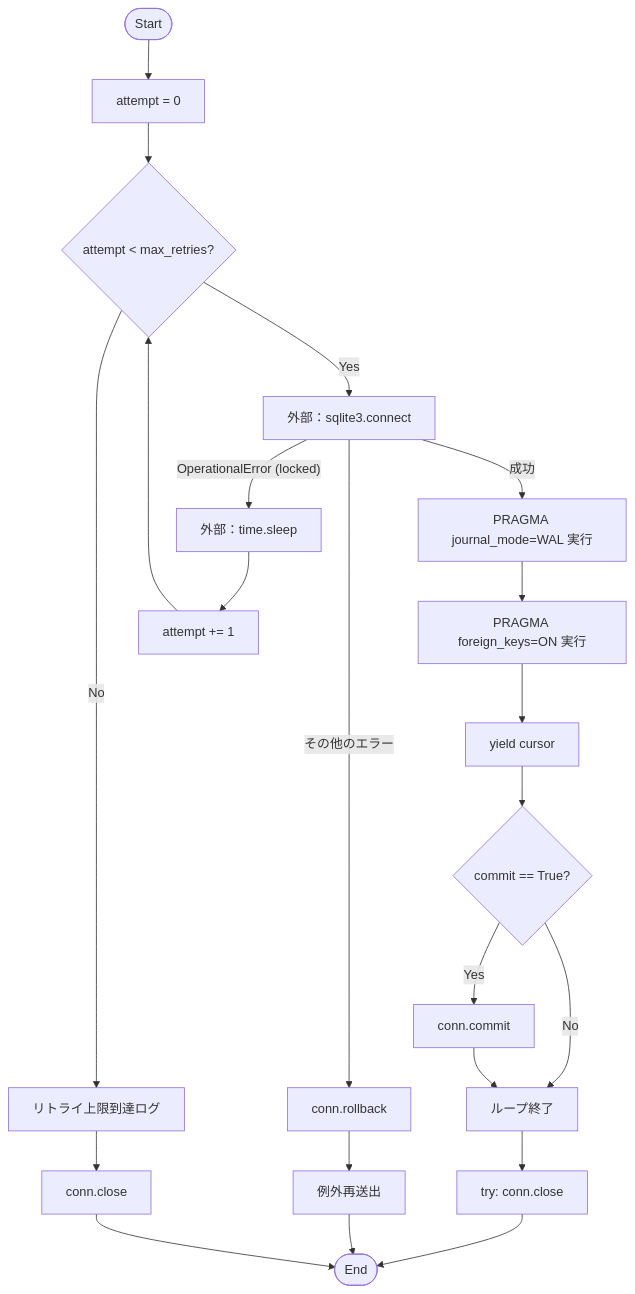
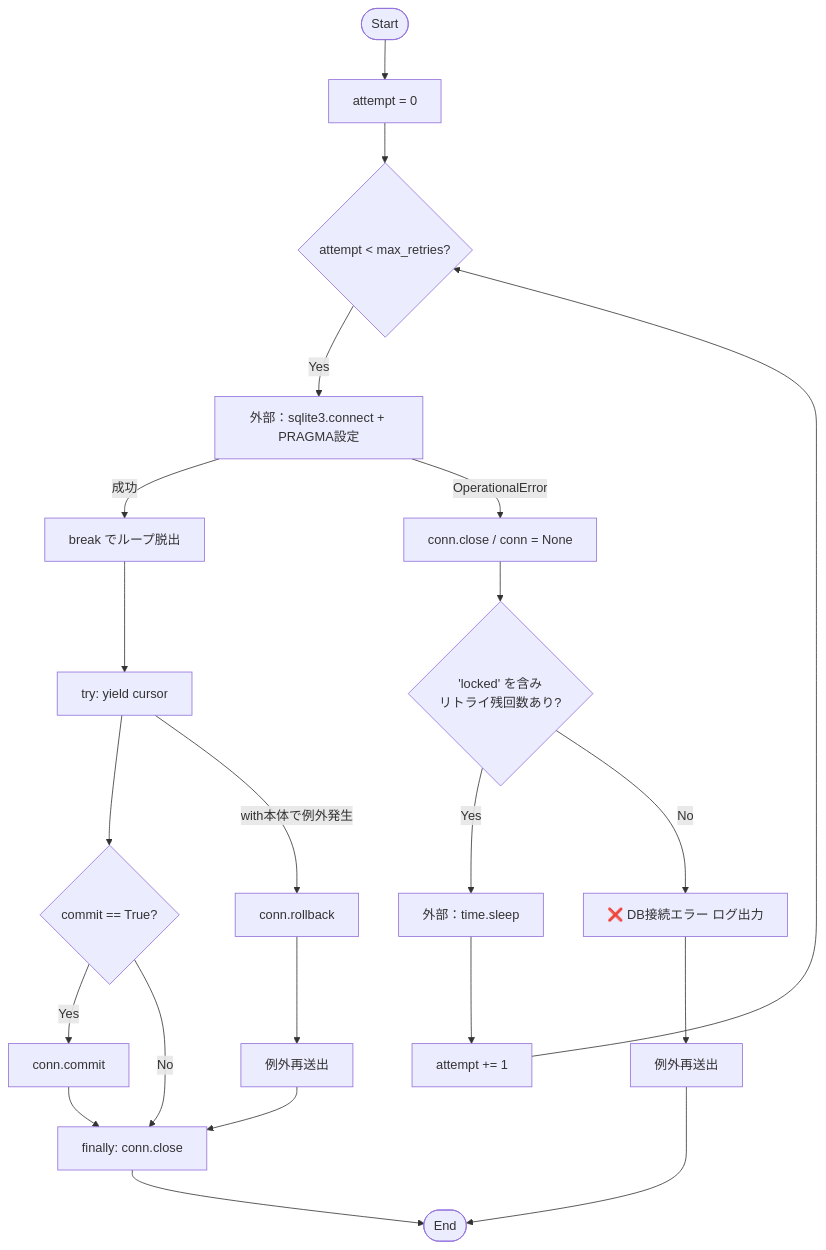
Before and after one commit to mmtigers/my_python_project: the first of 2 diagrams in docs/specifications/MY_HOME_SYSTEM/database.md, drawn with Mermaid. The commit also changed other lines of this file and 18 other files, not shown here.

````diff
--- a/docs/specifications/MY_HOME_SYSTEM/database.md
+++ b/docs/specifications/MY_HOME_SYSTEM/database.md
@@ -164,28 +164,24 @@
 ```mermaid
 flowchart TD
     Start([Start]) --> Init[attempt = 0]
     Init --> LoopCheck{attempt < max_retries?}
-    LoopCheck -- Yes --> Connect[外部：sqlite3.connect]
-    Connect -- 成功 --> PRAGMA[PRAGMA journal_mode=WAL 実行]
-    PRAGMA --> PRAGMA_FK[PRAGMA foreign_keys=ON 実行]
-    PRAGMA_FK --> Yield[yield cursor]
-    Yield --> CommitCheck{commit == True?}
+    LoopCheck -- Yes --> Connect[外部：sqlite3.connect + PRAGMA設定]
+    Connect -- 成功 --> BreakLoop[break でループ脱出]
+    BreakLoop --> TryYield[try: yield cursor]
+
+    Connect -- "OperationalError" --> CloseConn[conn.close / conn = None]
+    CloseConn --> LockedCheck{"'locked' を含み<br/>リトライ残回数あり?"}
+    LockedCheck -- Yes --> Wait[外部：time.sleep] --> Inc[attempt += 1] --> LoopCheck
+    LockedCheck -- No --> LogConnErr[❌ DB接続エラー ログ出力]
+    LogConnErr --> RaiseConnErr[例外再送出] --> End([End])
+
+    TryYield --> CommitCheck{commit == True?}
     CommitCheck -- Yes --> DoCommit[conn.commit]
-    CommitCheck -- No --> Break[ループ終了]
-    DoCommit --> Break
-    Break --> CloseTry[try: conn.close]
-    CloseTry --> End([End])
+    CommitCheck -- No --> FinallyClose
+    DoCommit --> FinallyClose[finally: conn.close]
+    FinallyClose --> End
 
-    Connect -- "OperationalError (locked)" --> Wait[外部：time.sleep]
-    Wait --> Inc[attempt += 1]
-    Inc --> LoopCheck
-
-    Connect -- "その他のエラー" --> Rollback[conn.rollback]
-    Rollback --> Raise[例外再送出]
-    Raise --> End
-
-    LoopCheck -- No --> MaxRetryLog[リトライ上限到達ログ]
-    MaxRetryLog --> CloseConn2[conn.close]
-    CloseConn2 --> End
+    TryYield -- "with本体で例外発生" --> Rollback[conn.rollback]
+    Rollback --> RaiseBodyErr[例外再送出] --> FinallyClose
 
 ```
````
